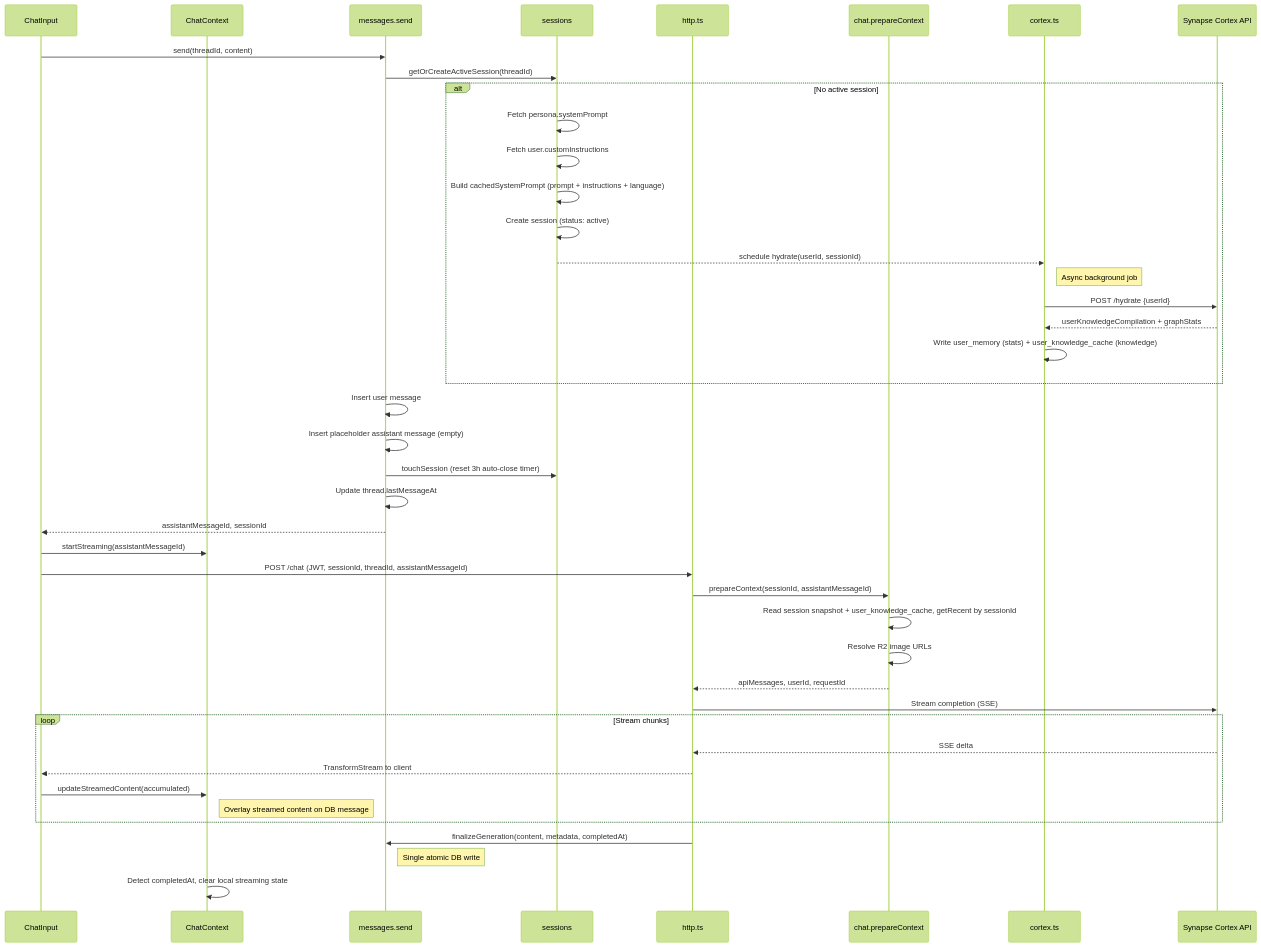
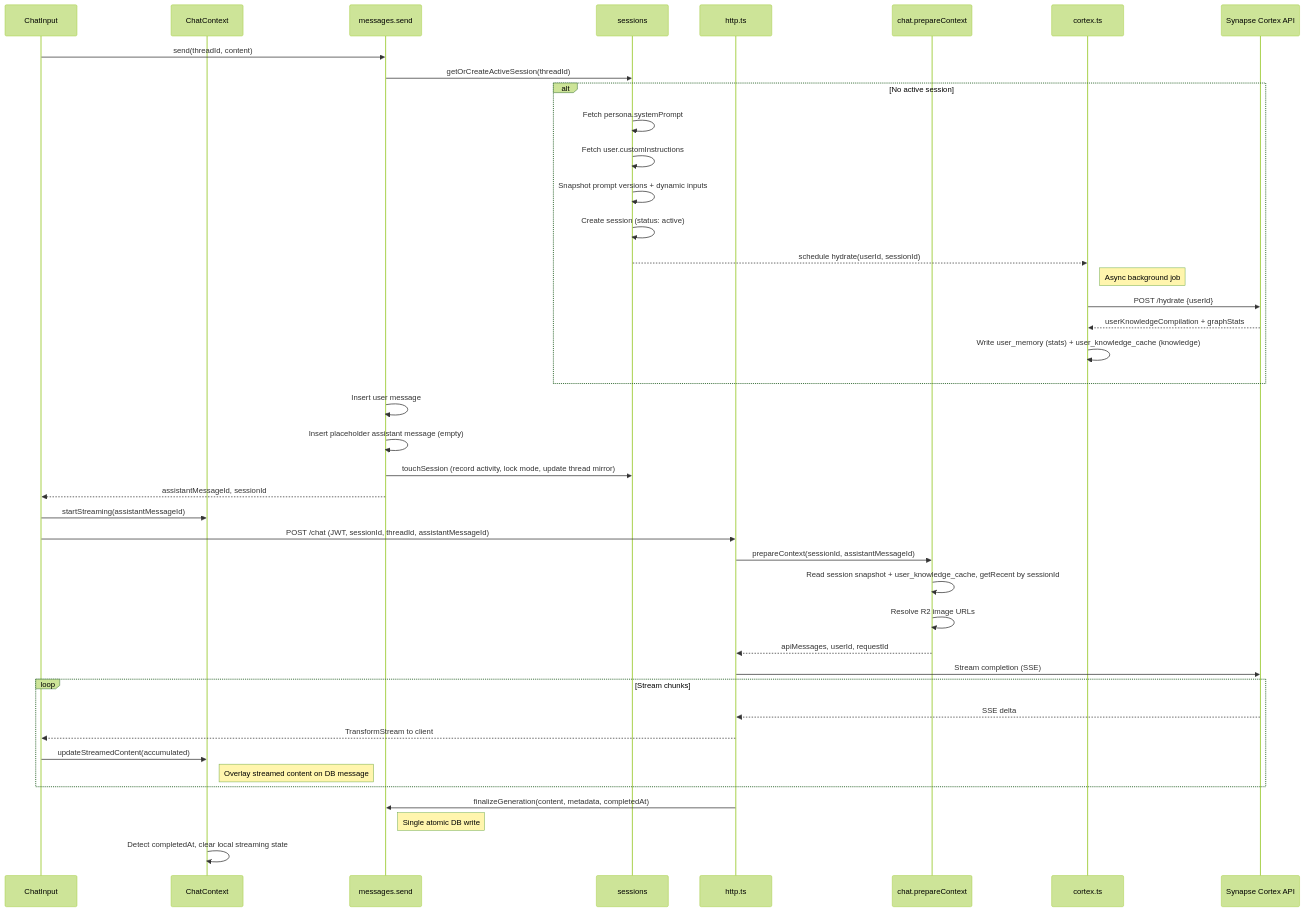
The fourth of 7 diagrams in README.md (juandastic/synapse-chat-ai), drawn with Mermaid (forest theme) before and after one commit. The commit also changed other lines of this file and 22 other files, not shown here.

````diff
--- a/README.md
+++ b/README.md
@@ -334,52 +339,51 @@
 ```mermaid
 sequenceDiagram
     participant UI as ChatInput
     participant Ctx as ChatContext
     participant Msg as messages.send
     participant Sess as sessions
     participant Http as http.ts
     participant Chat as chat.prepareContext
     participant Cortex as cortex.ts
     participant API as Synapse Cortex API
 
     UI->>Msg: send(threadId, content)
     Msg->>Sess: getOrCreateActiveSession(threadId)
 
     alt No active session
         Sess->>Sess: Fetch persona.systemPrompt
         Sess->>Sess: Fetch user.customInstructions
-        Sess->>Sess: Build cachedSystemPrompt (prompt + instructions + language)
+        Sess->>Sess: Snapshot prompt versions + dynamic inputs
         Sess->>Sess: Create session (status: active)
         Sess-->>Cortex: schedule hydrate(userId, sessionId)
         Note right of Cortex: Async background job
         Cortex->>API: POST /hydrate {userId}
         API-->>Cortex: userKnowledgeCompilation + graphStats
         Cortex->>Cortex: Write user_memory (stats) + user_knowledge_cache (knowledge)
     end
 
     Msg->>Msg: Insert user message
     Msg->>Msg: Insert placeholder assistant message (empty)
-    Msg->>Sess: touchSession (reset 3h auto-close timer)
-    Msg->>Msg: Update thread.lastMessageAt
+    Msg->>Sess: touchSession (record activity, lock mode, update thread mirror)
     Msg-->>UI: assistantMessageId, sessionId
 
     UI->>Ctx: startStreaming(assistantMessageId)
     UI->>Http: POST /chat (JWT, sessionId, threadId, assistantMessageId)
 
     Http->>Chat: prepareContext(sessionId, assistantMessageId)
     Chat->>Chat: Read session snapshot + user_knowledge_cache, getRecent by sessionId
     Chat->>Chat: Resolve R2 image URLs
     Chat-->>Http: apiMessages, userId, requestId
 
     Http->>API: Stream completion (SSE)
     loop Stream chunks
         API-->>Http: SSE delta
         Http-->>UI: TransformStream to client
         UI->>Ctx: updateStreamedContent(accumulated)
         Note right of Ctx: Overlay streamed content on DB message
     end
 
     Http->>Msg: finalizeGeneration(content, metadata, completedAt)
     Note right of Msg: Single atomic DB write
     Ctx->>Ctx: Detect completedAt, clear local streaming state
 ```
````
